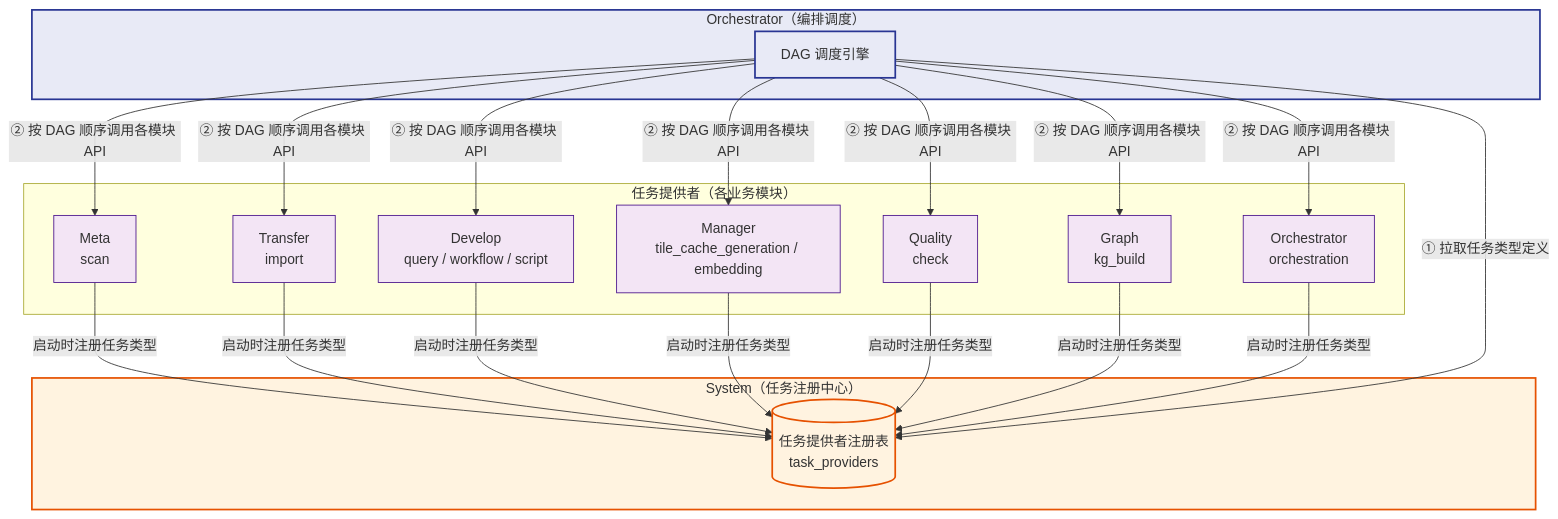
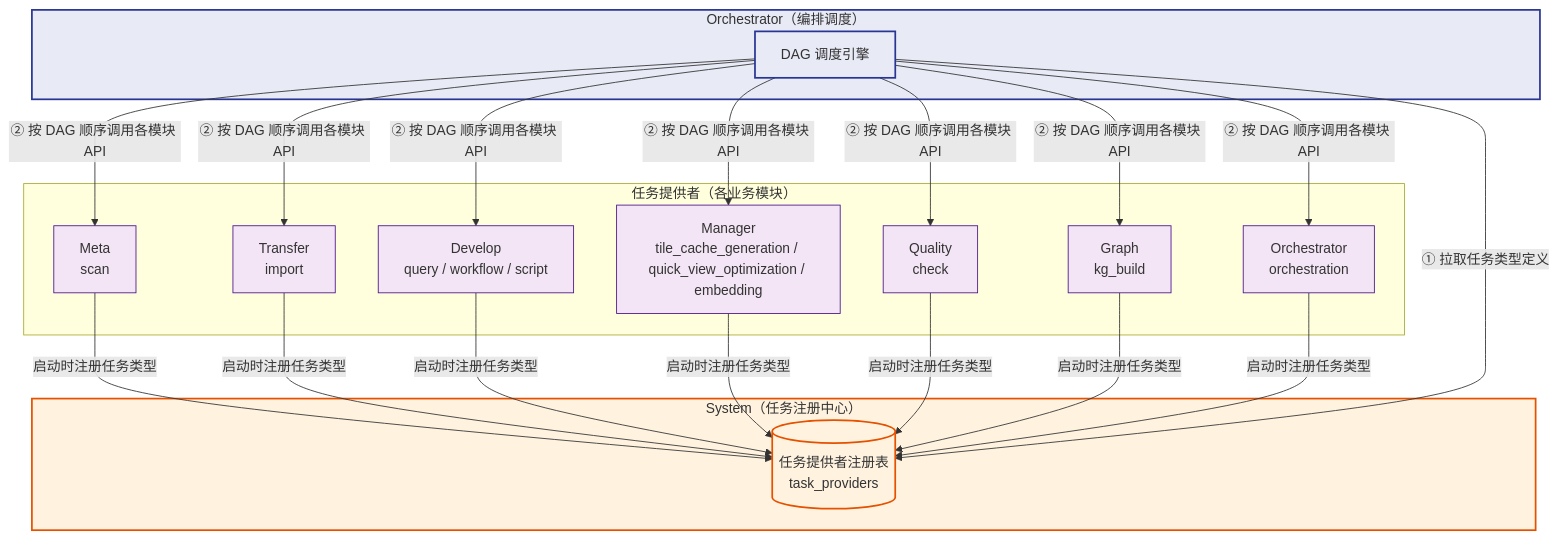
Diagram 11 of 12 in docs/concepts/addp模块架构图.md (pampa0629/addp), drawn with Mermaid before and after one commit. The commit also changed other lines of this file and 35 other files, not shown here.

````diff
--- a/docs/concepts/addp模块架构图.md
+++ b/docs/concepts/addp模块架构图.md
@@ -713,44 +717,44 @@
 ```mermaid
 graph TB
     subgraph System["System（任务注册中心）"]
         TaskRegistry[(任务提供者注册表<br/>task_providers)]
     end
 
     subgraph Providers["任务提供者（各业务模块）"]
         MetaT["Meta<br/>scan"]
         TransferT["Transfer<br/>import"]
         DevelopT["Develop<br/>query / workflow / script"]
-        ManagerT["Manager<br/>tile_cache_generation / embedding"]
+        ManagerT["Manager<br/>tile_cache_generation / quick_view_optimization / embedding"]
         QualityT["Quality<br/>check"]
         GraphT["Graph<br/>kg_build"]
         OrchestratorT["Orchestrator<br/>orchestration"]
 
         MetaT   -->|"启动时注册任务类型"| TaskRegistry
         TransferT -->|"启动时注册任务类型"| TaskRegistry
         DevelopT -->|"启动时注册任务类型"| TaskRegistry
         ManagerT -->|"启动时注册任务类型"| TaskRegistry
         QualityT -->|"启动时注册任务类型"| TaskRegistry
         GraphT -->|"启动时注册任务类型"| TaskRegistry
         OrchestratorT -->|"启动时注册任务类型"| TaskRegistry
     end
 
     subgraph Orchestrator["Orchestrator（编排调度）"]
         DAGEngine["DAG 调度引擎"]
         DAGEngine -->|"① 拉取任务类型定义"| TaskRegistry
         DAGEngine -->|"② 按 DAG 顺序调用各模块 API"| MetaT
         DAGEngine -->|"② 按 DAG 顺序调用各模块 API"| TransferT
         DAGEngine -->|"② 按 DAG 顺序调用各模块 API"| DevelopT
         DAGEngine -->|"② 按 DAG 顺序调用各模块 API"| ManagerT
         DAGEngine -->|"② 按 DAG 顺序调用各模块 API"| QualityT
         DAGEngine -->|"② 按 DAG 顺序调用各模块 API"| GraphT
         DAGEngine -->|"② 按 DAG 顺序调用各模块 API"| OrchestratorT
     end
 
     classDef system fill:#fff3e0,stroke:#e65100,stroke-width:2px
     classDef provider fill:#f3e5f5,stroke:#4a148c
     classDef orch fill:#e8eaf6,stroke:#283593,stroke-width:2px
 
     class System,TaskRegistry system
     class MetaT,TransferT,DevelopT,ManagerT,QualityT,GraphT,OrchestratorT provider
     class Orchestrator,DAGEngine orch
 ```
````
